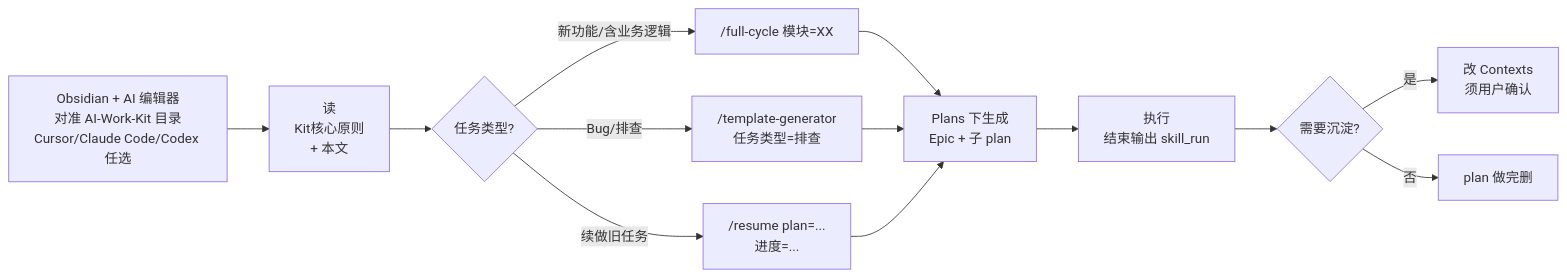
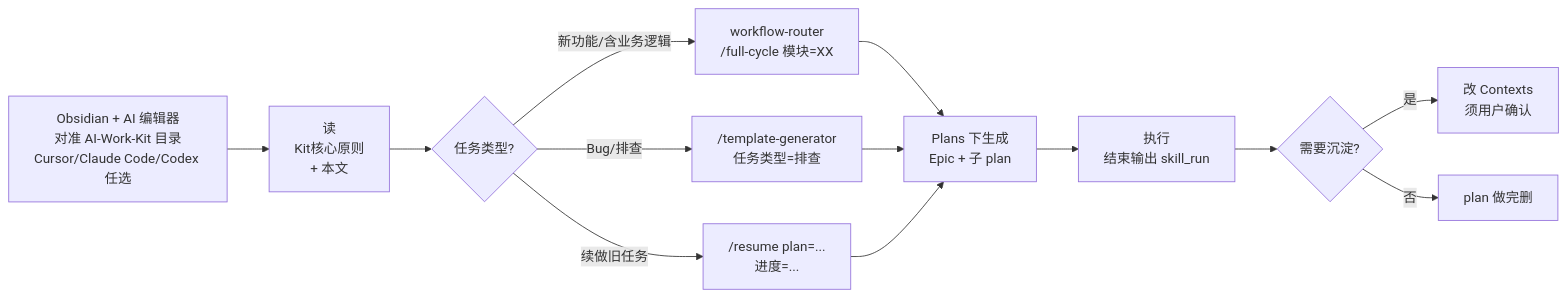
The first of 6 diagrams in Contexts/决策/新手引导与最佳实践.md (Wlx682/AI-Work-Kit), drawn with Mermaid before and after one commit. The commit also changed other lines of this file and 106 other files, not shown here.

````diff
--- a/Contexts/决策/新手引导与最佳实践.md
+++ b/Contexts/决策/新手引导与最佳实践.md
@@ -85,15 +85,15 @@
 ```mermaid
 flowchart LR
     A[Obsidian + AI 编辑器<br/>对准 AI-Work-Kit 目录<br/>Cursor/Claude Code/Codex 任选] --> B[读<br/>Kit核心原则<br/>+ 本文]
     B --> C{任务类型?}
-    C -->|新功能/含业务逻辑| D["/full-cycle 模块=XX"]
+    C -->|新功能/含业务逻辑| D["workflow-router<br/>/full-cycle 模块=XX"]
     C -->|Bug/排查| E["/template-generator<br/>任务类型=排查"]
     C -->|续做旧任务| F["/resume plan=...<br/>进度=..."]
     D --> G[Plans 下生成<br/>Epic + 子 plan]
     E --> G
     F --> G
     G --> H[执行<br/>结束输出 skill_run]
     H --> I{需要沉淀?}
     I -->|是| J[改 Contexts<br/>须用户确认]
     I -->|否| K[plan 做完删]
 ```
````
